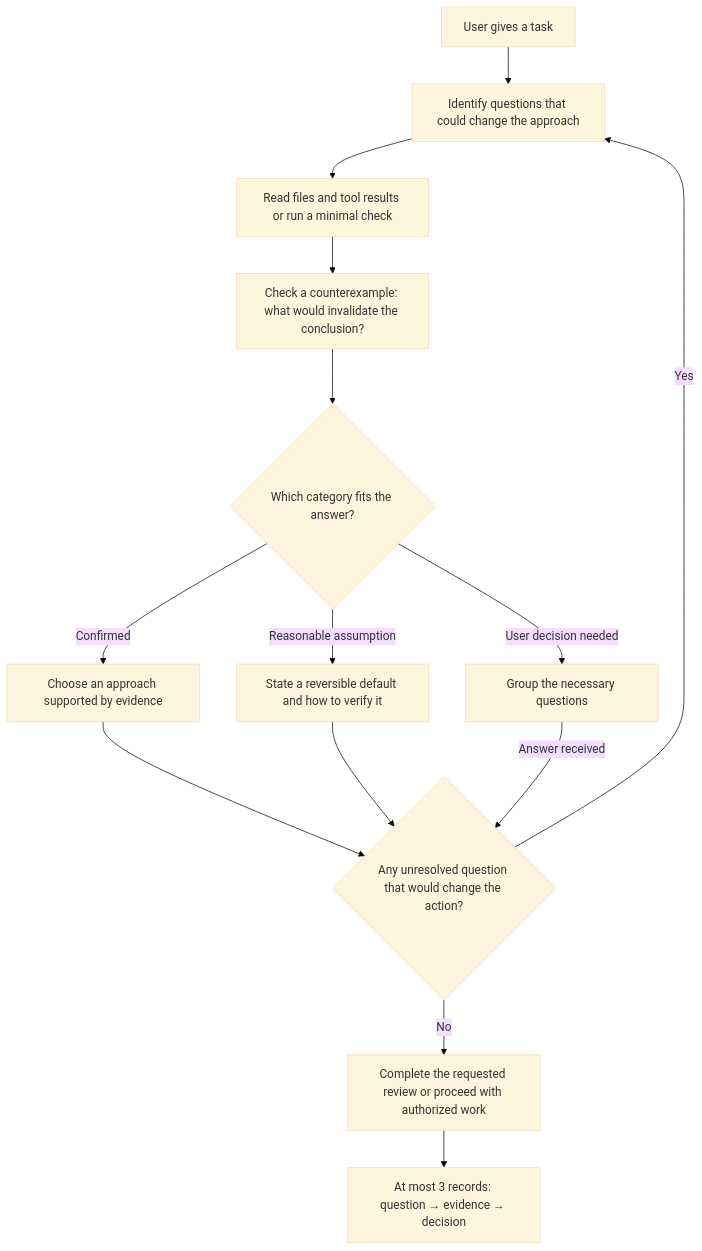
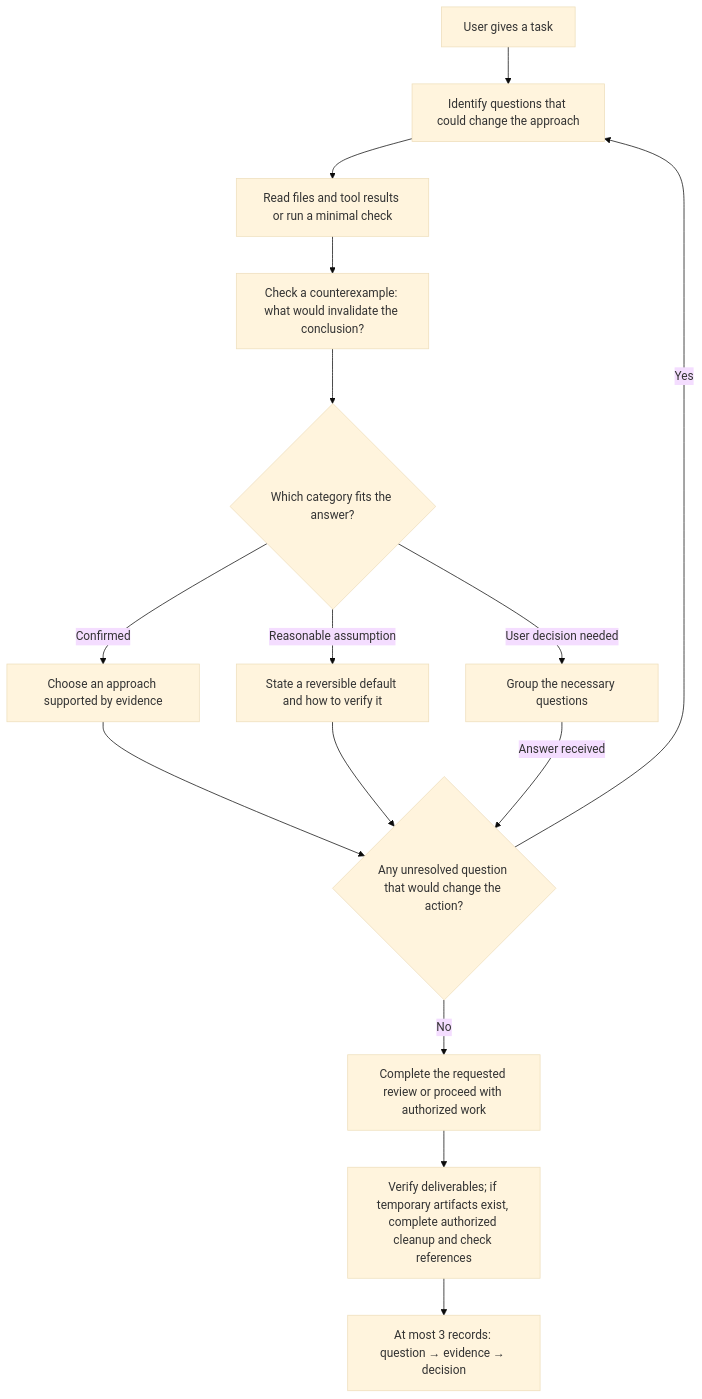
Before and after one commit to 0731koukou/grill-agent: the diagram in README.en.md, drawn with Mermaid (base theme). The commit also changed other lines of this file and 7 other files, not shown here.

Commit message:
Add authorized temporary-file cleanup and bilingual documentation

````diff
--- a/README.en.md
+++ b/README.en.md
@@ -37,16 +38,17 @@
 ```mermaid
 flowchart TD
     A["User gives a task"] --> B["Identify questions that could change the approach"]
     B --> C["Read files and tool results or run a minimal check"]
     C --> D["Check a counterexample: what would invalidate the conclusion?"]
     D --> E{"Which category fits the answer?"}
     E -->|Confirmed| F["Choose an approach supported by evidence"]
     E -->|Reasonable assumption| G["State a reversible default and how to verify it"]
     E -->|User decision needed| H["Group the necessary questions"]
     F --> I{"Any unresolved question that would change the action?"}
     G --> I
     H -->|Answer received| I
     I -->|Yes| B
     I -->|No| J["Complete the requested review or proceed with authorized work"]
-    J --> K["At most 3 records: question → evidence → decision"]
+    J --> L["Verify deliverables; if temporary artifacts exist, complete authorized cleanup and check references"]
+    L --> K["At most 3 records: question → evidence → decision"]
 ```
````
